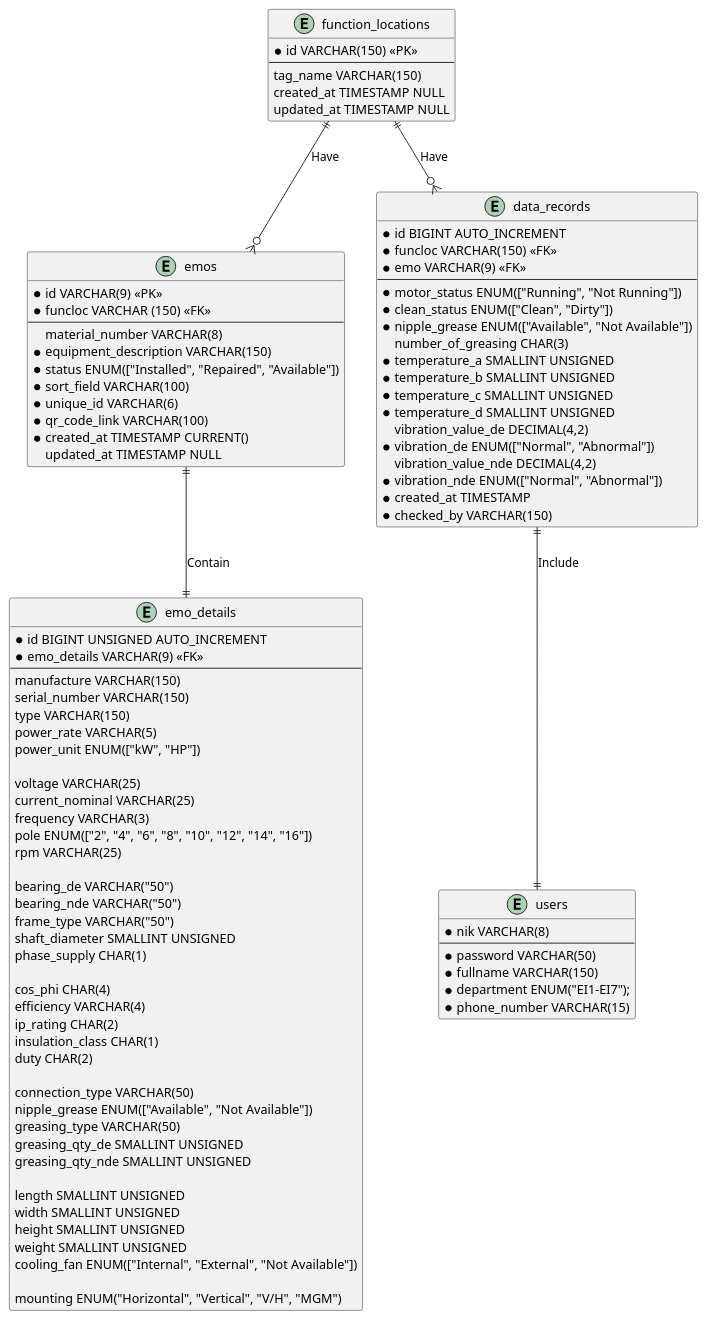
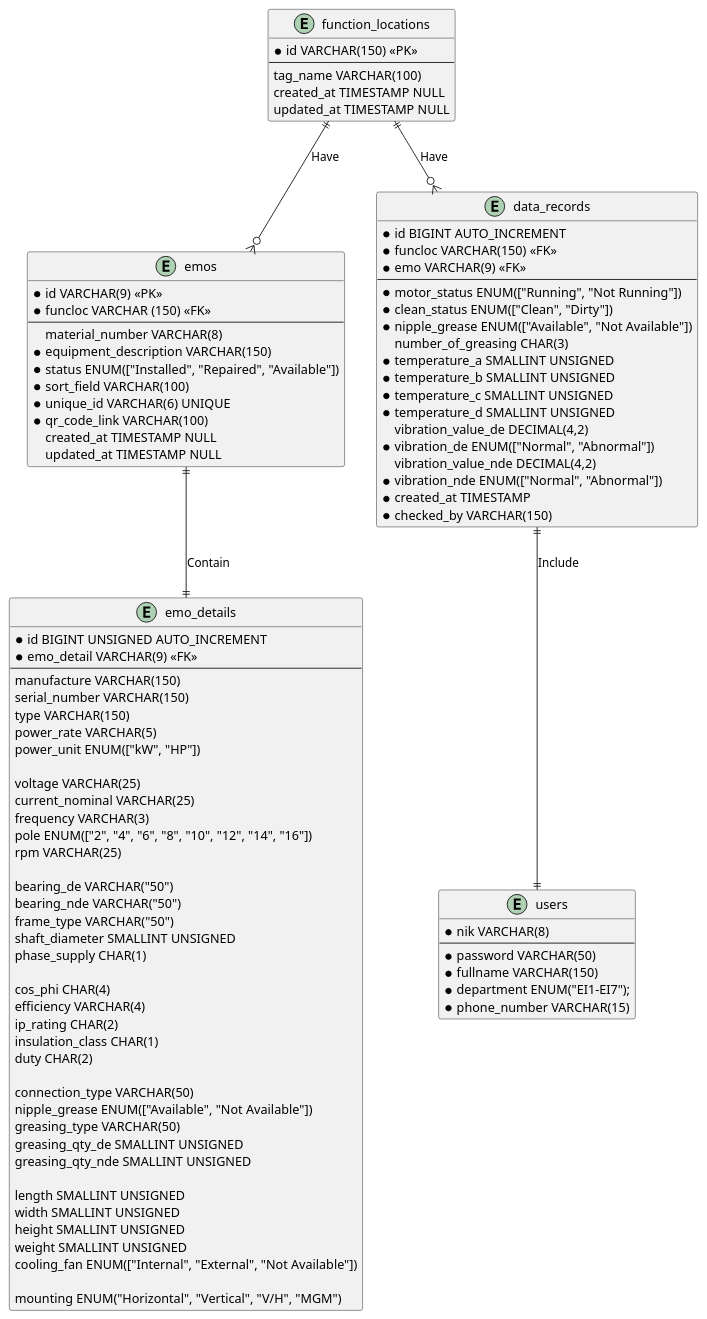
Before and after one commit to doniduaasattuu/fajar-e-maintenance: the diagram in database/fajar_e_maintenance.puml, drawn with PlantUML. The commit also changed 10 other files, not shown here.

```diff
--- a/database/fajar_e_maintenance.puml
+++ b/database/fajar_e_maintenance.puml
@@ -1,106 +1,106 @@
 @startuml fajar_e_maintenance
 
 entity function_locations
 {
     * id VARCHAR(150) <<PK>>
     --
-      tag_name VARCHAR(150)
+      tag_name VARCHAR(100)
       created_at TIMESTAMP NULL
       updated_at TIMESTAMP NULL
 }
 
 entity emos
 {
     * id VARCHAR(9) <<PK>>
     * funcloc VARCHAR (150) <<FK>>
     --
       material_number VARCHAR(8)
     * equipment_description VARCHAR(150)
     * status ENUM(["Installed", "Repaired", "Available"])
     * sort_field VARCHAR(100)
-    * unique_id VARCHAR(6)
+    * unique_id VARCHAR(6) UNIQUE
     * qr_code_link VARCHAR(100) 
-    * created_at TIMESTAMP CURRENT()
+      created_at TIMESTAMP NULL
       updated_at TIMESTAMP NULL
 }
 
 entity emo_details {
     * id BIGINT UNSIGNED AUTO_INCREMENT
-    * emo_details VARCHAR(9) <<FK>>
+    * emo_detail VARCHAR(9) <<FK>>
     --
     manufacture VARCHAR(150)
     serial_number VARCHAR(150)
     type VARCHAR(150)
     power_rate VARCHAR(5)
     power_unit ENUM(["kW", "HP"])
 
     voltage VARCHAR(25)
     current_nominal VARCHAR(25)
     frequency VARCHAR(3)
     pole ENUM(["2", "4", "6", "8", "10", "12", "14", "16"])
     rpm VARCHAR(25)
 
     bearing_de VARCHAR("50")
     bearing_nde VARCHAR("50")
     frame_type VARCHAR("50")
     shaft_diameter SMALLINT UNSIGNED
     phase_supply CHAR(1)
 
     cos_phi CHAR(4)
     efficiency VARCHAR(4)
     ip_rating CHAR(2)
     insulation_class CHAR(1)
     duty CHAR(2)
 
     connection_type VARCHAR(50)
     nipple_grease ENUM(["Available", "Not Available"])
     greasing_type VARCHAR(50)
     greasing_qty_de SMALLINT UNSIGNED
     greasing_qty_nde SMALLINT UNSIGNED
 
     length SMALLINT UNSIGNED
     width SMALLINT UNSIGNED
     height SMALLINT UNSIGNED
     weight SMALLINT UNSIGNED
     cooling_fan ENUM(["Internal", "External", "Not Available"])
 
     mounting ENUM("Horizontal", "Vertical", "V/H", "MGM")
 }
 
 entity data_records {
     * id BIGINT AUTO_INCREMENT
     * funcloc VARCHAR(150) <<FK>>
     * emo VARCHAR(9) <<FK>>
     --
     * motor_status ENUM(["Running", "Not Running"])
     * clean_status ENUM(["Clean", "Dirty"])
     * nipple_grease ENUM(["Available", "Not Available"])
       number_of_greasing CHAR(3)
     * temperature_a SMALLINT UNSIGNED
     * temperature_b SMALLINT UNSIGNED
     * temperature_c SMALLINT UNSIGNED
     * temperature_d SMALLINT UNSIGNED
       vibration_value_de DECIMAL(4,2)
     * vibration_de ENUM(["Normal", "Abnormal"])
       vibration_value_nde DECIMAL(4,2)
     * vibration_nde ENUM(["Normal", "Abnormal"])
     * created_at TIMESTAMP
     * checked_by VARCHAR(150)
 }
 
 entity users {
     * nik VARCHAR(8)
     --
     * password VARCHAR(50)
     * fullname VARCHAR(150)
     * department ENUM("EI1-EI7");
     * phone_number VARCHAR(15)
 }
  
 function_locations ||--o{ emos : Have
 function_locations ||--o{ data_records : Have
 emos ||--|| emo_details : Contain
 data_records ||--|| users : Include
 
 
 @enduml
```
